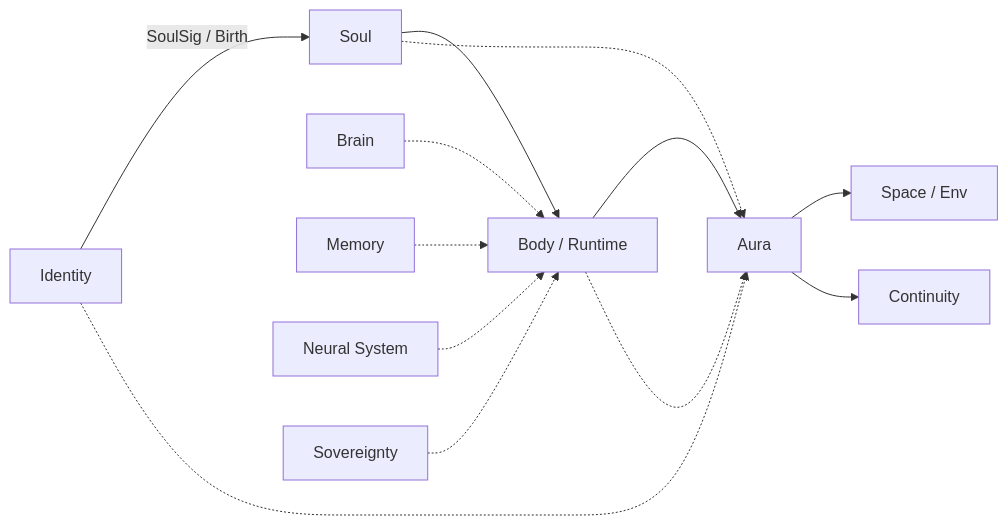
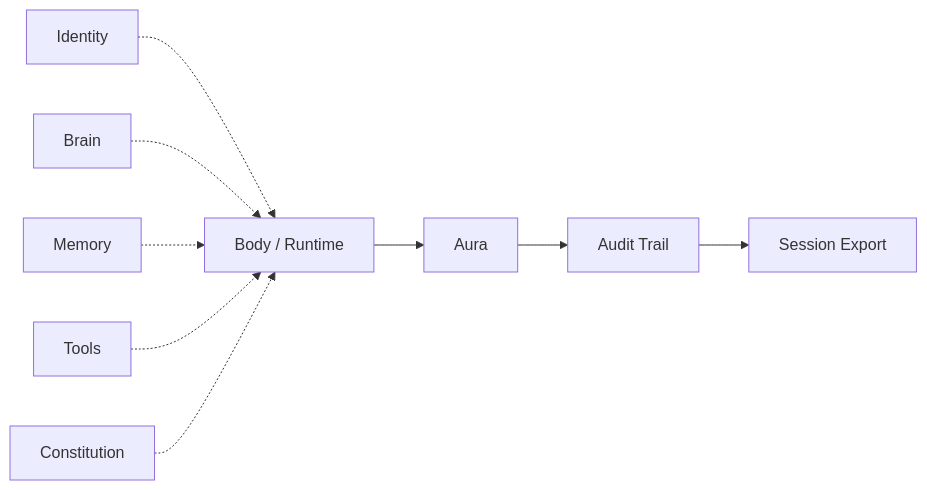
Before and after one commit to ARPAHLS/aura: the diagram in README.md, drawn with Mermaid. The commit also changed other lines of this file and 5 other files, not shown here.

First line of the commit message:
Replace manifesto diagram with AURA-specific architecture.

````diff
--- a/README.md
+++ b/README.md
@@ -51,18 +49,12 @@
 ```mermaid
 flowchart LR
-    LIVE["Identity"] -->|"SoulSig / Birth"| SOUL["Soul"]
-    SOUL --> SOMA["Body / Runtime"]
+    ID["Identity"] -.-> BODY["Body / Runtime"]
+    BRAIN["Brain"] -.-> BODY
+    MEM["Memory"] -.-> BODY
+    TOOLS["Tools"] -.-> BODY
+    CONST["Constitution"] -.-> BODY
 
-    BRAIN["Brain"] -.-> SOMA
-    MEM["Memory"] -.-> SOMA
-    SKILL["Neural System"] -.-> SOMA
-    SEC["Sovereignty"] -.-> SOMA
-
-    SOMA --> AURA["Aura"]
-    LIVE -.-> AURA
-    SOUL -.-> AURA
-    SOMA -.-> AURA
-
-    AURA --> ROOMS["Space / Env"]
-    AURA --> LEG["Continuity"]
+    BODY --> AURA["Aura"]
+    AURA --> TRAIL["Audit Trail"]
+    TRAIL --> EXPORT["Session Export"]
 ```
````
